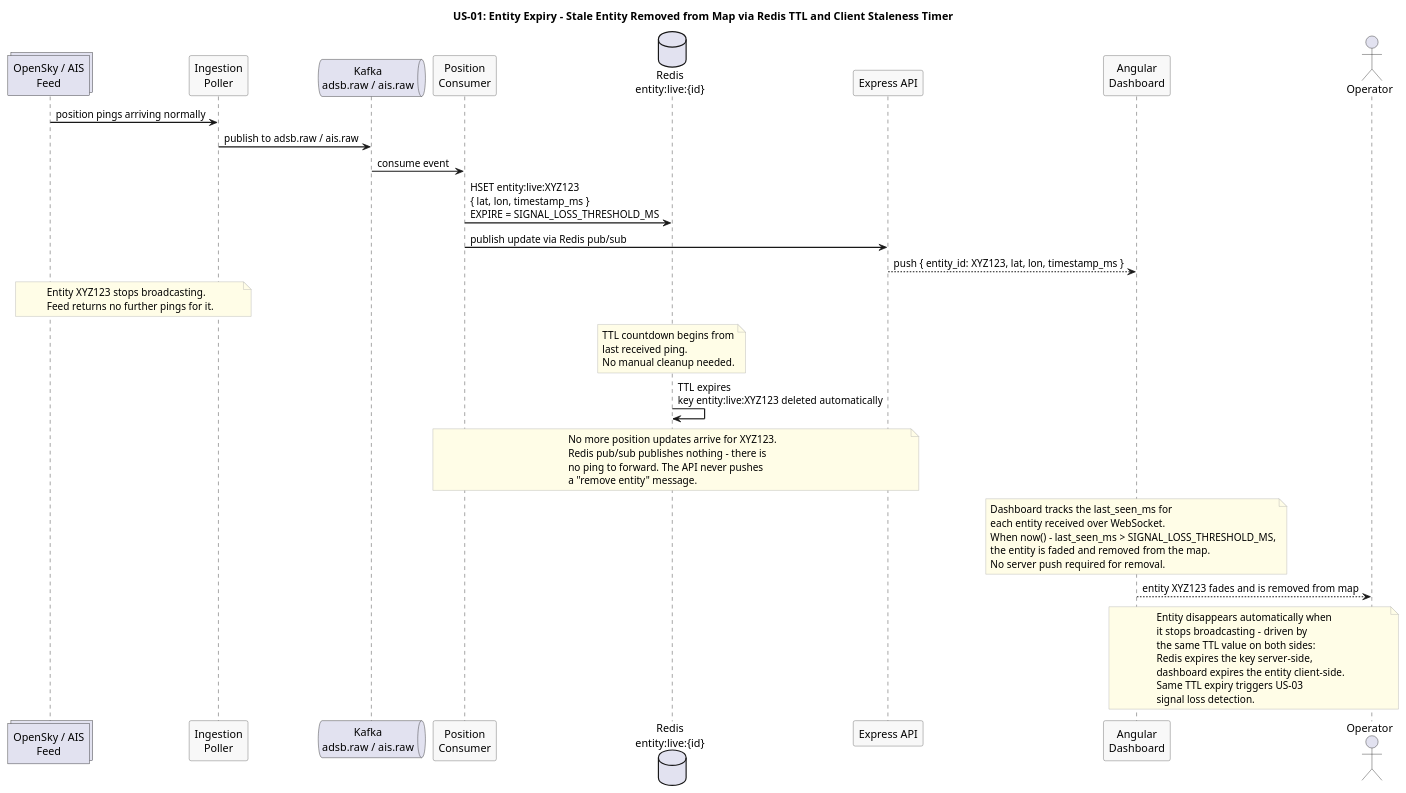
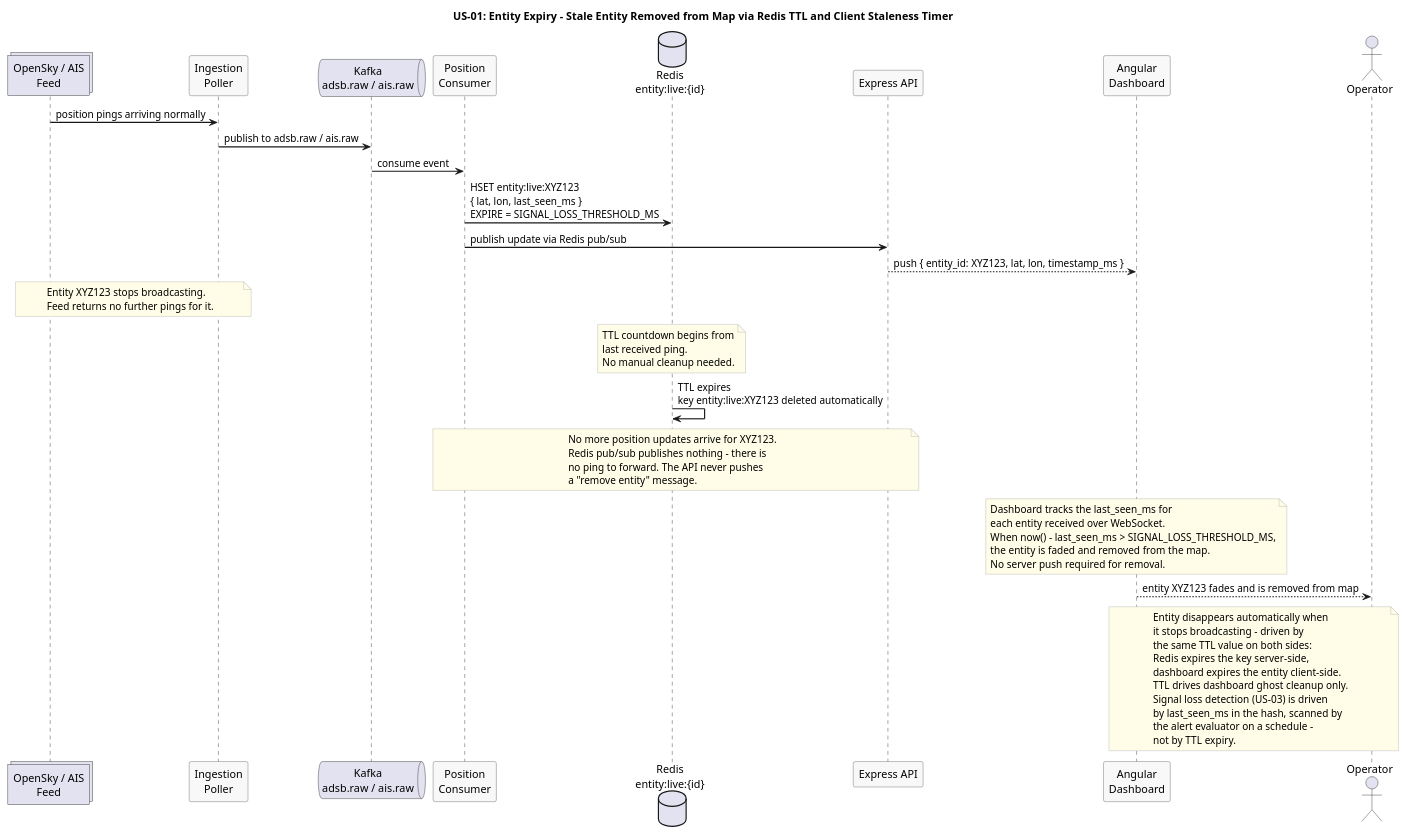
Before and after one commit to Buffden/sentinel: the diagram in docs/use-cases/US-01-live-entity-tracking/entity-expiry.puml, drawn with PlantUML. The commit also changed 2 other files, not shown here.

Commit message:
docs: fix signal loss detection mechanism and alert suppression lifecycle across ADRs, use cases, and diagrams

```diff
--- a/docs/use-cases/US-01-live-entity-tracking/entity-expiry.puml
+++ b/docs/use-cases/US-01-live-entity-tracking/entity-expiry.puml
@@ -1,66 +1,69 @@
 @startuml entity-expiry
 title US-01: Entity Expiry - Stale Entity Removed from Map via Redis TTL and Client Staleness Timer
 
 skinparam sequenceArrowThickness 1.5
 skinparam participantBorderColor #555555
 skinparam participantBackgroundColor #F8F8F8
 skinparam noteBorderColor #AAAAAA
 skinparam noteBackgroundColor #FFFDE7
 
 collections "OpenSky / AIS\nFeed" as Feed
 participant "Ingestion\nPoller" as Poller
 queue "Kafka\nadsb.raw / ais.raw" as Kafka
 participant "Position\nConsumer" as Consumer
 database "Redis\nentity:live:{id}" as Redis
 participant "Express API" as API
 participant "Angular\nDashboard" as Dashboard
 actor Operator
 
 Feed -> Poller : position pings arriving normally
 Poller -> Kafka : publish to adsb.raw / ais.raw
 Kafka -> Consumer : consume event
-Consumer -> Redis : HSET entity:live:XYZ123\n{ lat, lon, timestamp_ms }\nEXPIRE = SIGNAL_LOSS_THRESHOLD_MS
+Consumer -> Redis : HSET entity:live:XYZ123\n{ lat, lon, last_seen_ms }\nEXPIRE = SIGNAL_LOSS_THRESHOLD_MS
 Consumer -> API : publish update via Redis pub/sub
 API --> Dashboard : push { entity_id: XYZ123, lat, lon, timestamp_ms }
 
 note over Feed, Poller
   Entity XYZ123 stops broadcasting.
   Feed returns no further pings for it.
 end note
 
 note over Redis
   TTL countdown begins from
   last received ping.
   No manual cleanup needed.
 end note
 
 Redis -> Redis : TTL expires\nkey entity:live:XYZ123 deleted automatically
 
 note over Consumer, API
   No more position updates arrive for XYZ123.
   Redis pub/sub publishes nothing - there is
   no ping to forward. The API never pushes
   a "remove entity" message.
 end note
 
 note over Dashboard
   Dashboard tracks the last_seen_ms for
   each entity received over WebSocket.
   When now() - last_seen_ms > SIGNAL_LOSS_THRESHOLD_MS,
   the entity is faded and removed from the map.
   No server push required for removal.
 end note
 
 Dashboard --> Operator : entity XYZ123 fades and is removed from map
 
 note over Dashboard, Operator
   Entity disappears automatically when
   it stops broadcasting - driven by
   the same TTL value on both sides:
   Redis expires the key server-side,
   dashboard expires the entity client-side.
-  Same TTL expiry triggers US-03
-  signal loss detection.
+  TTL drives dashboard ghost cleanup only.
+  Signal loss detection (US-03) is driven
+  by last_seen_ms in the hash, scanned by
+  the alert evaluator on a schedule -
+  not by TTL expiry.
 end note
 
 @enduml
```
